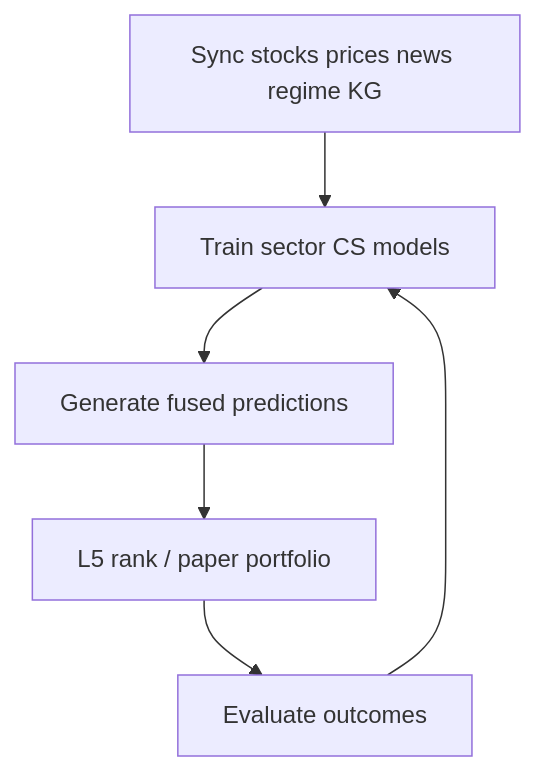
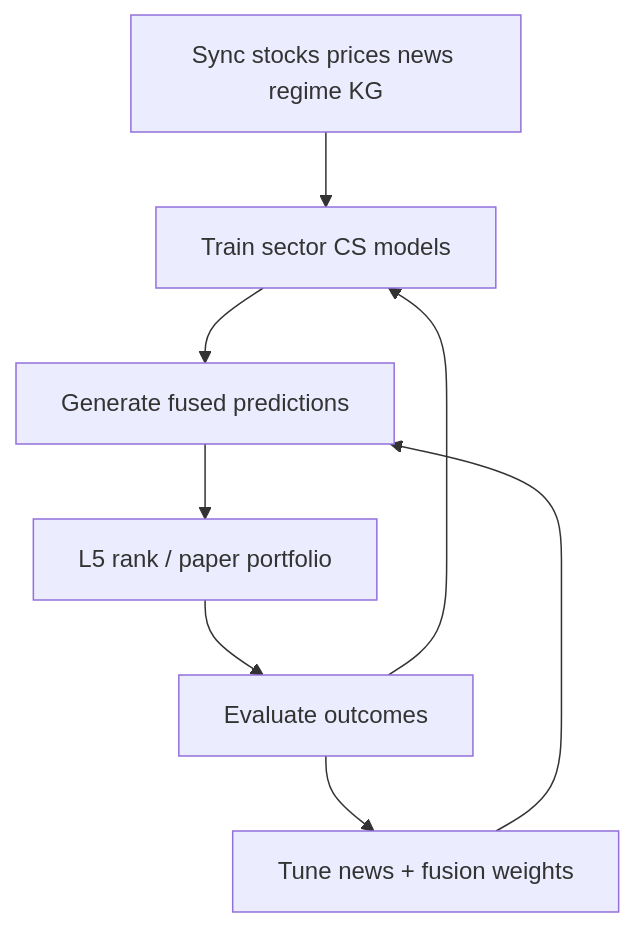
One commit to rakytap/tradingai changed the first of 2 diagrams in docs/WORKFLOW.md. Above: the diagram before and after it, drawn with Mermaid. The commit also changed other lines of this file and 10 other files, not shown here.

First line of the commit message:
Add L2 event-graph phase to nested fusion tuning.

````diff
--- a/docs/WORKFLOW.md
+++ b/docs/WORKFLOW.md
@@ -7,8 +7,10 @@
 ```mermaid
 flowchart TD
   sync[Sync stocks prices news regime KG] --> train[Train sector CS models]
   train --> predict[Generate fused predictions]
   predict --> rank[L5 rank / paper portfolio]
   rank --> eval[Evaluate outcomes]
+  eval --> tune[Tune news + fusion weights]
+  tune --> predict
   eval --> train
 ```
````
